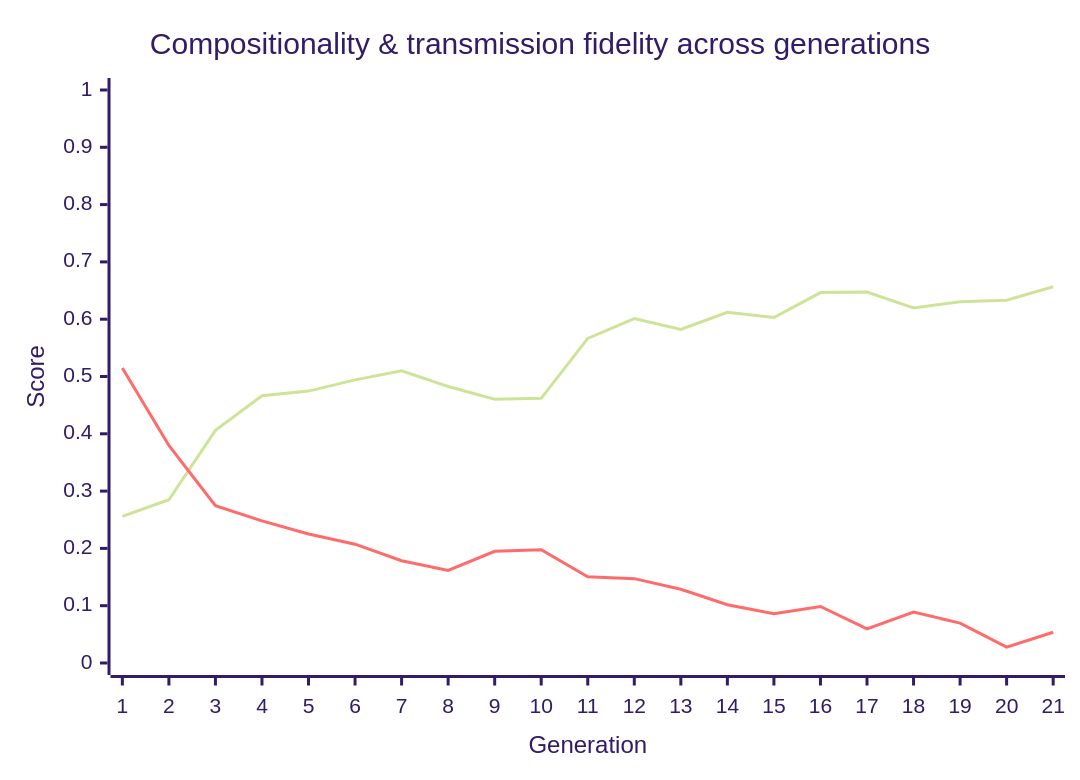
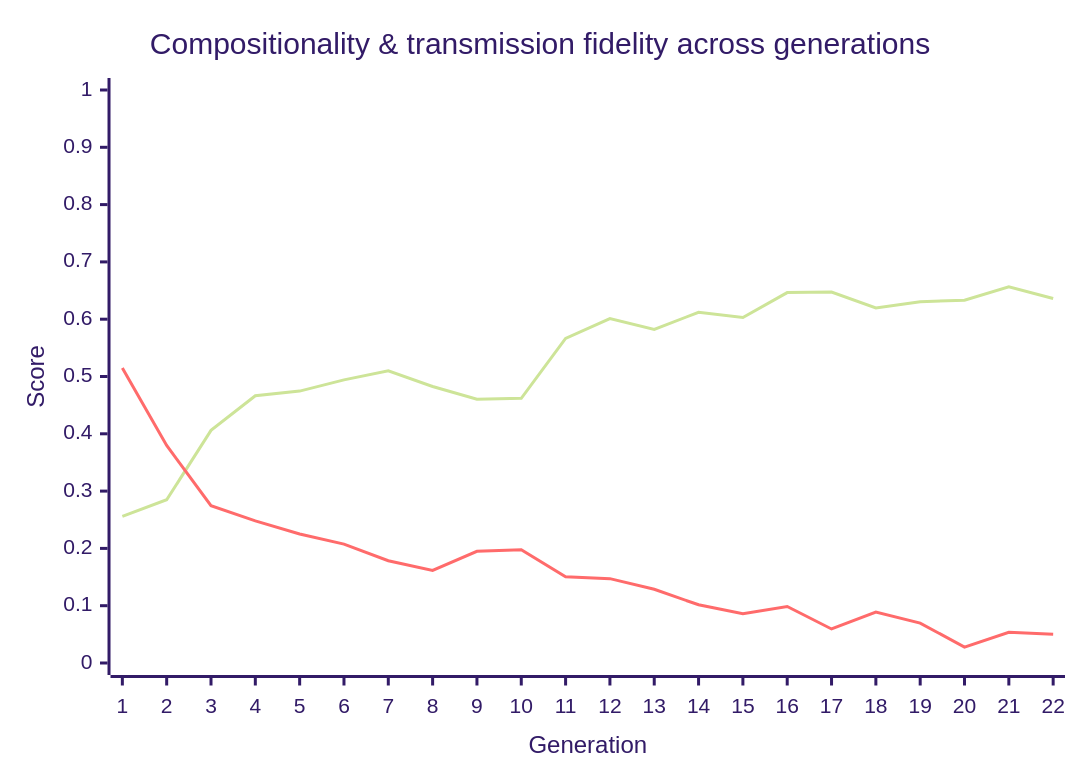
Before and after one commit to nichobbs/traditio: the diagram in metrics/latest-report.md, drawn with Mermaid (forest theme). The commit also changed other lines of this file and 1 other file, not shown here.

````diff
--- a/metrics/latest-report.md
+++ b/metrics/latest-report.md
@@ -40,8 +40,8 @@
 ```mermaid
 xychart-beta
     title "Compositionality & transmission fidelity across generations"
-    x-axis "Generation" [1, 2, 3, 4, 5, 6, 7, 8, 9, 10, 11, 12, 13, 14, 15, 16, 17, 18, 19, 20, 21]
+    x-axis "Generation" [1, 2, 3, 4, 5, 6, 7, 8, 9, 10, 11, 12, 13, 14, 15, 16, 17, 18, 19, 20, 21, 22]
     y-axis "Score" 0 --> 1
-    line "Compositionality" [0.2559, 0.2849, 0.4060, 0.4663, 0.4745, 0.4941, 0.5099, 0.4826, 0.4603, 0.4619, 0.5665, 0.6011, 0.5822, 0.6121, 0.6029, 0.6464, 0.6473, 0.6195, 0.6304, 0.6332, 0.6566]
-    line "Transmission Fidelity" [0.5148, 0.3796, 0.2746, 0.2481, 0.2251, 0.2074, 0.1785, 0.1615, 0.1949, 0.1977, 0.1504, 0.1472, 0.1286, 0.1016, 0.0861, 0.0987, 0.0594, 0.0888, 0.0697, 0.0276, 0.0536]
+    line "Compositionality" [0.2559, 0.2849, 0.4060, 0.4663, 0.4745, 0.4941, 0.5099, 0.4826, 0.4603, 0.4619, 0.5665, 0.6011, 0.5822, 0.6121, 0.6029, 0.6464, 0.6473, 0.6195, 0.6304, 0.6332, 0.6566, 0.6361]
+    line "Transmission Fidelity" [0.5148, 0.3796, 0.2746, 0.2481, 0.2251, 0.2074, 0.1785, 0.1615, 0.1949, 0.1977, 0.1504, 0.1472, 0.1286, 0.1016, 0.0861, 0.0987, 0.0594, 0.0888, 0.0697, 0.0276, 0.0536, 0.0500]
 ```
````
